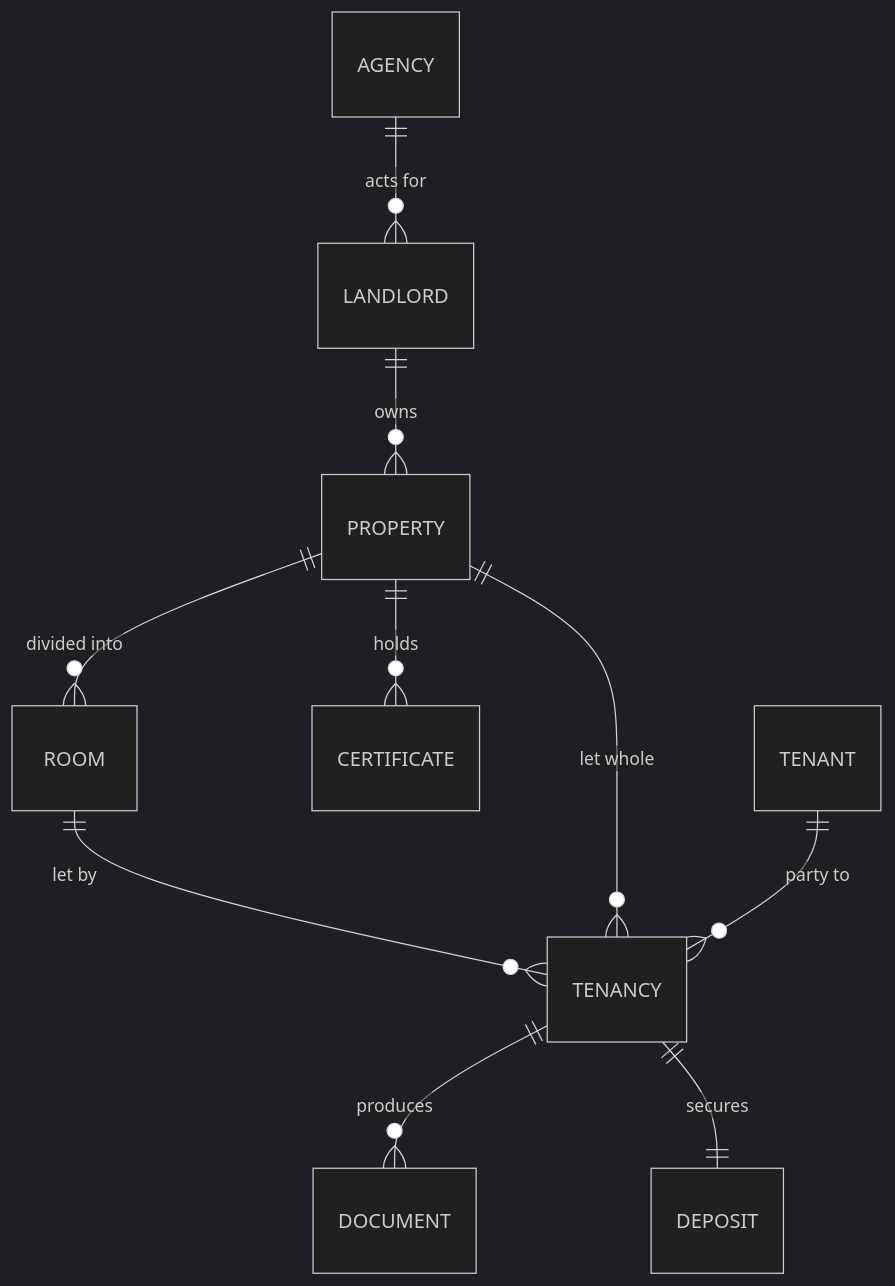
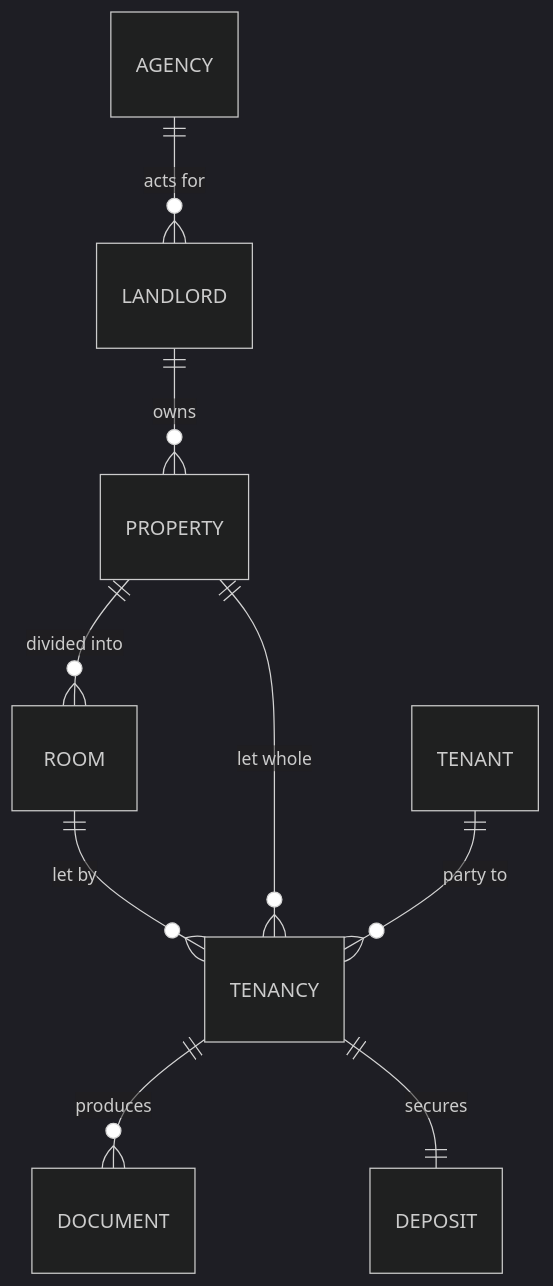
Before and after one commit to tfasanya79/tenancy-agreement: the diagram in docs/BACKOFFICE.md, drawn with Mermaid (dark theme). The commit also changed other lines of this file and 6 other files, not shown here.

````diff
--- a/docs/BACKOFFICE.md
+++ b/docs/BACKOFFICE.md
@@ -31,12 +31,11 @@
 ```mermaid
 erDiagram
     AGENCY ||--o{ LANDLORD : "acts for"
     LANDLORD ||--o{ PROPERTY : owns
     PROPERTY ||--o{ ROOM : "divided into"
-    PROPERTY ||--o{ CERTIFICATE : holds
     ROOM ||--o{ TENANCY : "let by"
     PROPERTY ||--o{ TENANCY : "let whole"
     TENANT ||--o{ TENANCY : "party to"
     TENANCY ||--o{ DOCUMENT : produces
     TENANCY ||--|| DEPOSIT : secures
 ```
````
